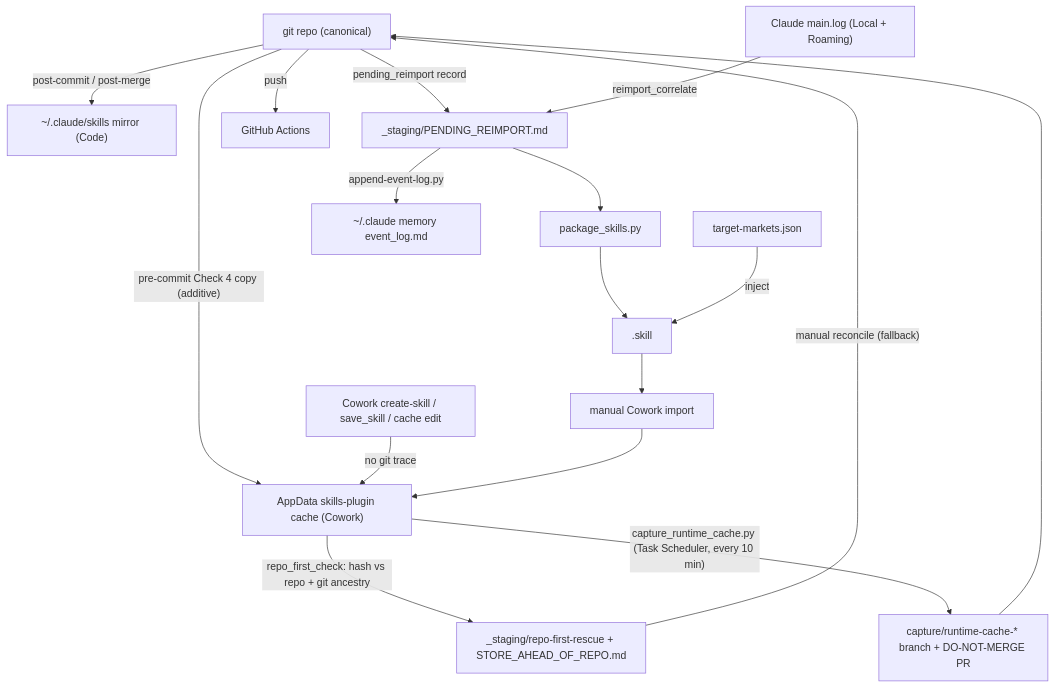
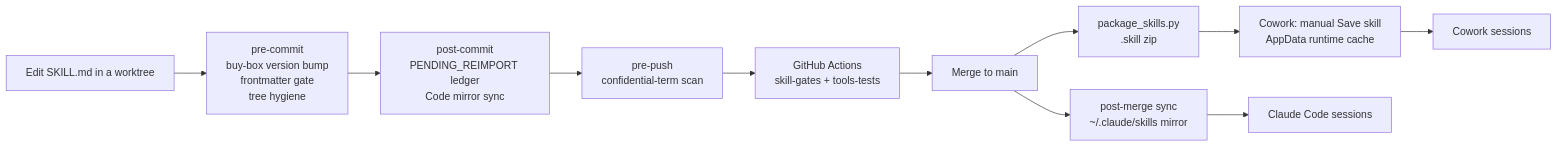
Before and after one commit to ZeOoba/ora-skills: the diagram in README.md, drawn with Mermaid. The commit also changed other lines of this file, not shown here.

Commit message:
docs(readme): refresh README to match current code

````diff
--- a/README.md
+++ b/README.md
@@ -282,16 +65,13 @@
 ```mermaid
-flowchart TD
-    Repo["git repo (canonical)"] -->|"pre-commit Check 4 copy (additive)"| AppData["AppData skills-plugin cache (Cowork)"]
-    Repo -->|"post-commit / post-merge"| Local["~/.claude/skills mirror (Code)"]
-    CoworkEdit["Cowork create-skill / save_skill / cache edit"] -->|"no git trace"| AppData
-    AppData -->|"repo_first_check: hash vs repo + git ancestry"| Rescue["_staging/repo-first-rescue + STORE_AHEAD_OF_REPO.md"]
-    AppData -->|"capture_runtime_cache.py (Task Scheduler, every 10 min)"| CapPR["capture/runtime-cache-* branch + DO-NOT-MERGE PR"]
-    CapPR --> Repo
-    Rescue -->|"manual reconcile (fallback)"| Repo
-    Repo -->|"pending_reimport record"| Pend["_staging/PENDING_REIMPORT.md"]
-    Pend --> Pkg["package_skills.py"] --> Zip[".skill"] --> Import["manual Cowork import"] --> AppData
-    Logs["Claude main.log (Local + Roaming)"] -->|"reimport_correlate"| Pend
-    Pend -->|"append-event-log.py"| EL["~/.claude memory event_log.md"]
-    TM["target-markets.json"] -->|"inject"| Zip
-    Repo -->|"push"| CI["GitHub Actions"]
+flowchart LR
+    A["Edit SKILL.md in a worktree"] --> B["pre-commit<br/>buy-box version bump<br/>frontmatter gate<br/>tree hygiene"]
+    B --> C["post-commit<br/>PENDING_REIMPORT ledger<br/>Code mirror sync"]
+    C --> D["pre-push<br/>confidential-term scan"]
+    D --> E["GitHub Actions<br/>skill-gates + tools-tests"]
+    E --> F["Merge to main"]
+    F --> G["package_skills.py<br/>.skill zip"]
+    G --> H["Cowork: manual Save skill<br/>AppData runtime cache"]
+    F --> I["post-merge sync<br/>~/.claude/skills mirror"]
+    I --> J["Claude Code sessions"]
+    H --> K["Cowork sessions"]
 ```
````
